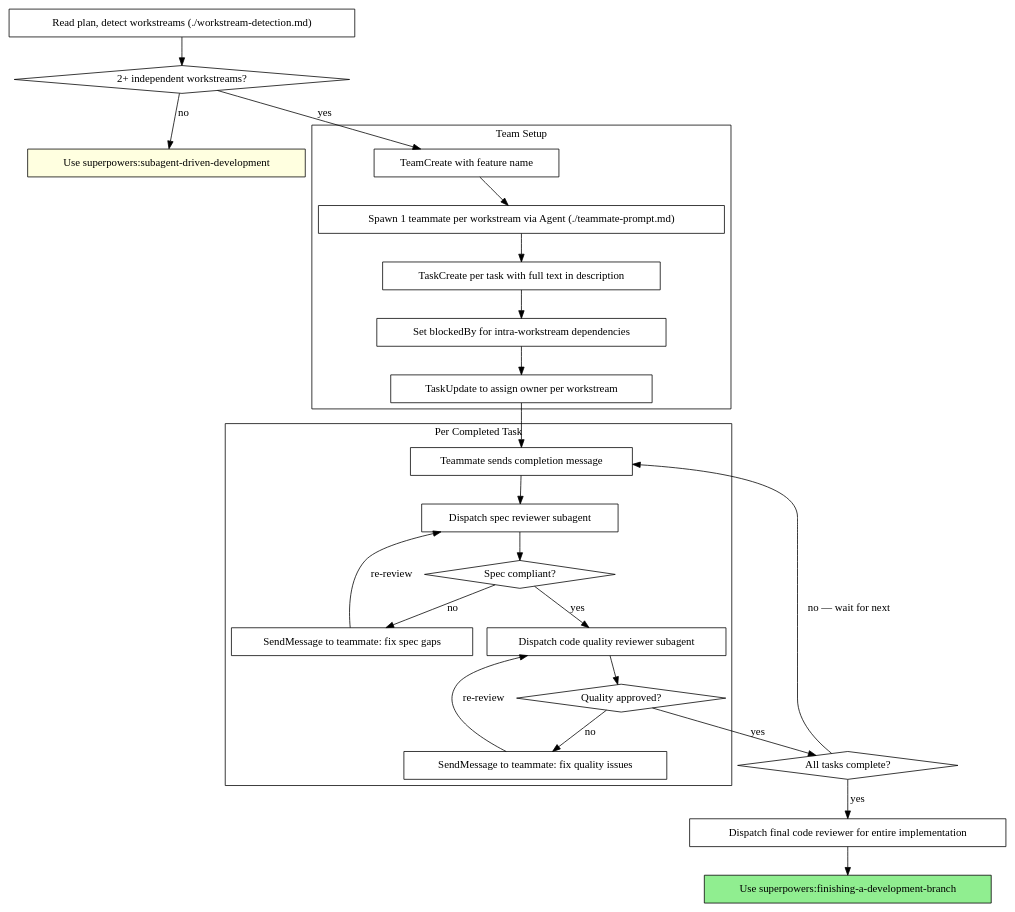
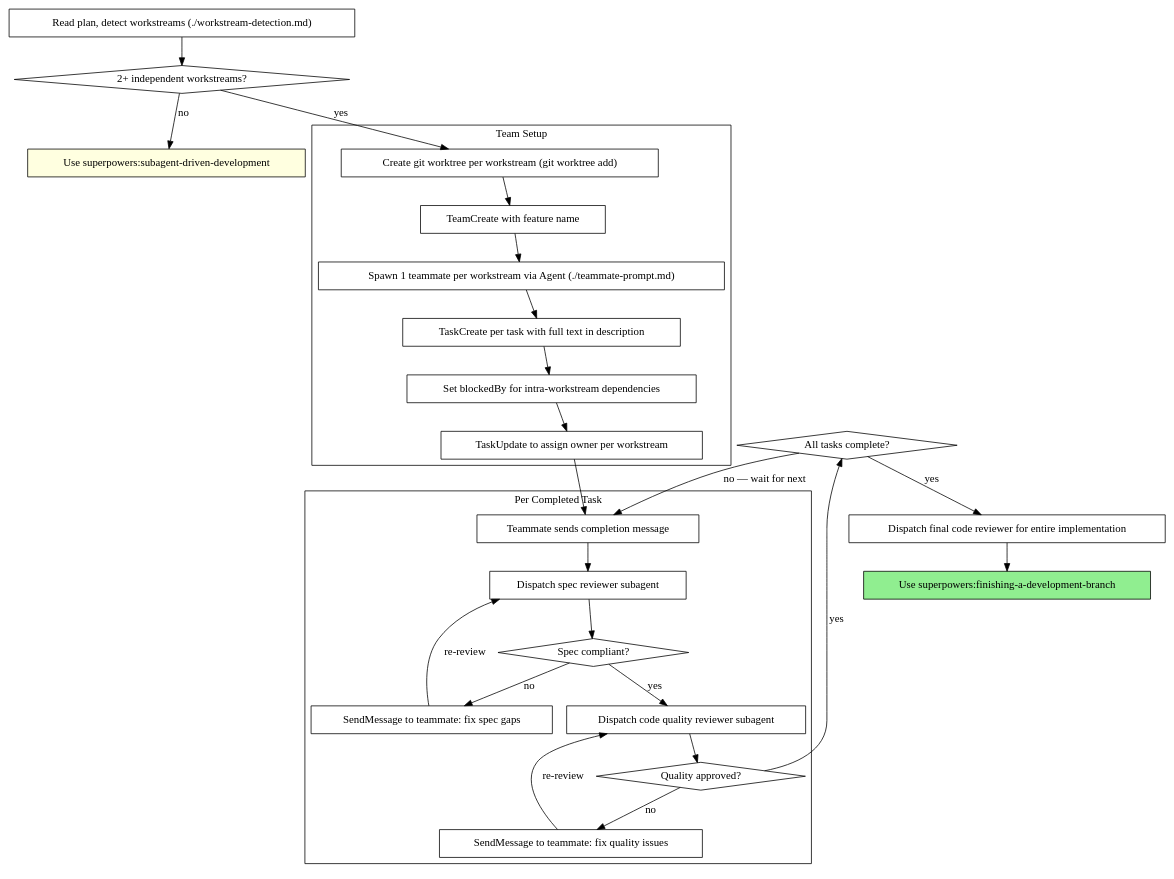
Before and after one commit to namearth5005/superpowers: the second of 2 diagrams in skills/team-driven-development/SKILL.md, drawn with Graphviz. The commit also changed other lines of this file and 1 other file, not shown here.

First line of the commit message:
fix(team-driven-dev): replace feature branches with git worktrees

````diff
--- a/skills/team-driven-development/SKILL.md
+++ b/skills/team-driven-development/SKILL.md
@@ -62,54 +62,56 @@
 ```dot
 digraph process {
     rankdir=TB;
 
     "Read plan, detect workstreams (./workstream-detection.md)" [shape=box];
     "2+ independent workstreams?" [shape=diamond];
     "Use superpowers:subagent-driven-development" [shape=box style=filled fillcolor=lightyellow];
 
     subgraph cluster_setup {
         label="Team Setup";
+        "Create git worktree per workstream (git worktree add)" [shape=box];
         "TeamCreate with feature name" [shape=box];
         "Spawn 1 teammate per workstream via Agent (./teammate-prompt.md)" [shape=box];
         "TaskCreate per task with full text in description" [shape=box];
         "Set blockedBy for intra-workstream dependencies" [shape=box];
         "TaskUpdate to assign owner per workstream" [shape=box];
     }
 
     subgraph cluster_monitor {
         label="Per Completed Task";
         "Teammate sends completion message" [shape=box];
         "Dispatch spec reviewer subagent" [shape=box];
         "Spec compliant?" [shape=diamond];
         "SendMessage to teammate: fix spec gaps" [shape=box];
         "Dispatch code quality reviewer subagent" [shape=box];
         "Quality approved?" [shape=diamond];
         "SendMessage to teammate: fix quality issues" [shape=box];
     }
 
     "All tasks complete?" [shape=diamond];
     "Dispatch final code reviewer for entire implementation" [shape=box];
     "Use superpowers:finishing-a-development-branch" [shape=box style=filled fillcolor=lightgreen];
 
     "Read plan, detect workstreams (./workstream-detection.md)" -> "2+ independent workstreams?";
     "2+ independent workstreams?" -> "Use superpowers:subagent-driven-development" [label="no"];
-    "2+ independent workstreams?" -> "TeamCreate with feature name" [label="yes"];
+    "2+ independent workstreams?" -> "Create git worktree per workstream (git worktree add)" [label="yes"];
+    "Create git worktree per workstream (git worktree add)" -> "TeamCreate with feature name";
     "TeamCreate with feature name" -> "Spawn 1 teammate per workstream via Agent (./teammate-prompt.md)";
     "Spawn 1 teammate per workstream via Agent (./teammate-prompt.md)" -> "TaskCreate per task with full text in description";
     "TaskCreate per task with full text in description" -> "Set blockedBy for intra-workstream dependencies";
     "Set blockedBy for intra-workstream dependencies" -> "TaskUpdate to assign owner per workstream";
     "TaskUpdate to assign owner per workstream" -> "Teammate sends completion message";
     "Teammate sends completion message" -> "Dispatch spec reviewer subagent";
     "Dispatch spec reviewer subagent" -> "Spec compliant?";
     "Spec compliant?" -> "SendMessage to teammate: fix spec gaps" [label="no"];
     "SendMessage to teammate: fix spec gaps" -> "Dispatch spec reviewer subagent" [label="re-review"];
     "Spec compliant?" -> "Dispatch code quality reviewer subagent" [label="yes"];
     "Dispatch code quality reviewer subagent" -> "Quality approved?";
     "Quality approved?" -> "SendMessage to teammate: fix quality issues" [label="no"];
     "SendMessage to teammate: fix quality issues" -> "Dispatch code quality reviewer subagent" [label="re-review"];
     "Quality approved?" -> "All tasks complete?" [label="yes"];
     "All tasks complete?" -> "Teammate sends completion message" [label="no — wait for next"];
     "All tasks complete?" -> "Dispatch final code reviewer for entire implementation" [label="yes"];
     "Dispatch final code reviewer for entire implementation" -> "Use superpowers:finishing-a-development-branch";
 }
 ```
````
